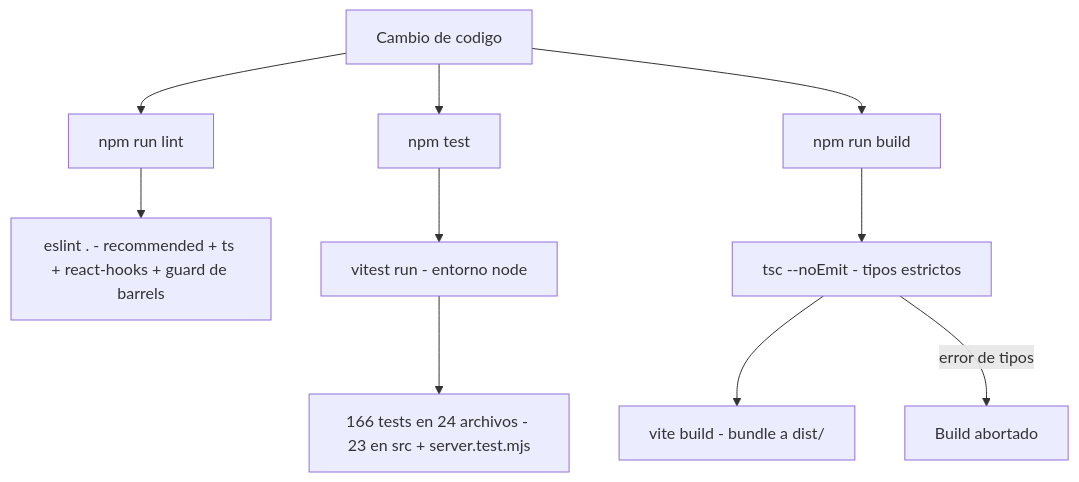
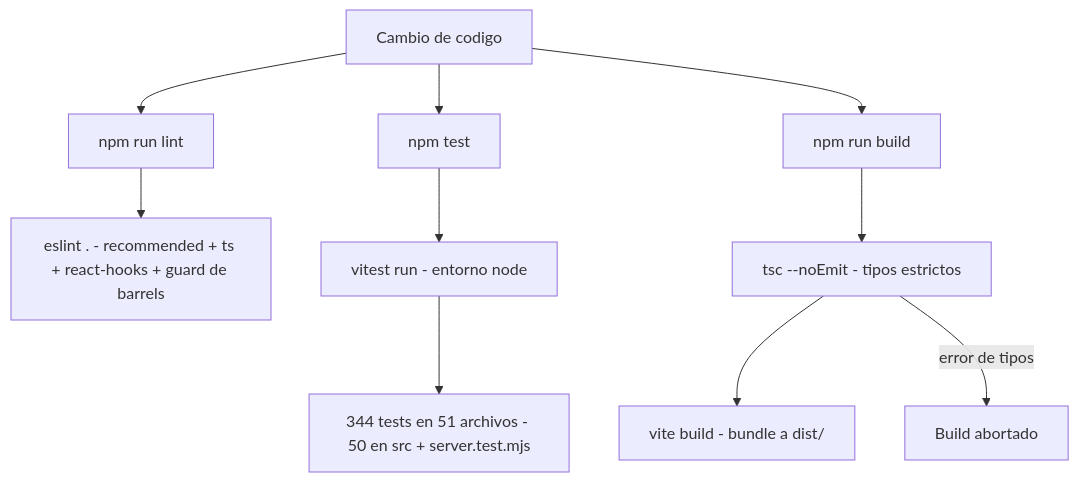
Before and after one commit to Carlosmps97/web-data-model-hub: the first of 4 diagrams in doc/testing.md, drawn with Mermaid. The commit also changed other lines of this file and 20 other files, not shown here.

````diff
--- a/doc/testing.md
+++ b/doc/testing.md
@@ -146,12 +146,12 @@
 ```mermaid
 flowchart TD
     A[Cambio de codigo] --> B[npm run lint]
     A --> C[npm test]
     A --> D[npm run build]
     B --> B1[eslint . - recommended + ts + react-hooks + guard de barrels]
     C --> C1[vitest run - entorno node]
-    C1 --> C2[166 tests en 24 archivos - 23 en src + server.test.mjs]
+    C1 --> C2[344 tests en 51 archivos - 50 en src + server.test.mjs]
     D --> D1[tsc --noEmit - tipos estrictos]
     D1 --> D2[vite build - bundle a dist/]
     D1 -->|error de tipos| X[Build abortado]
 ```
````
